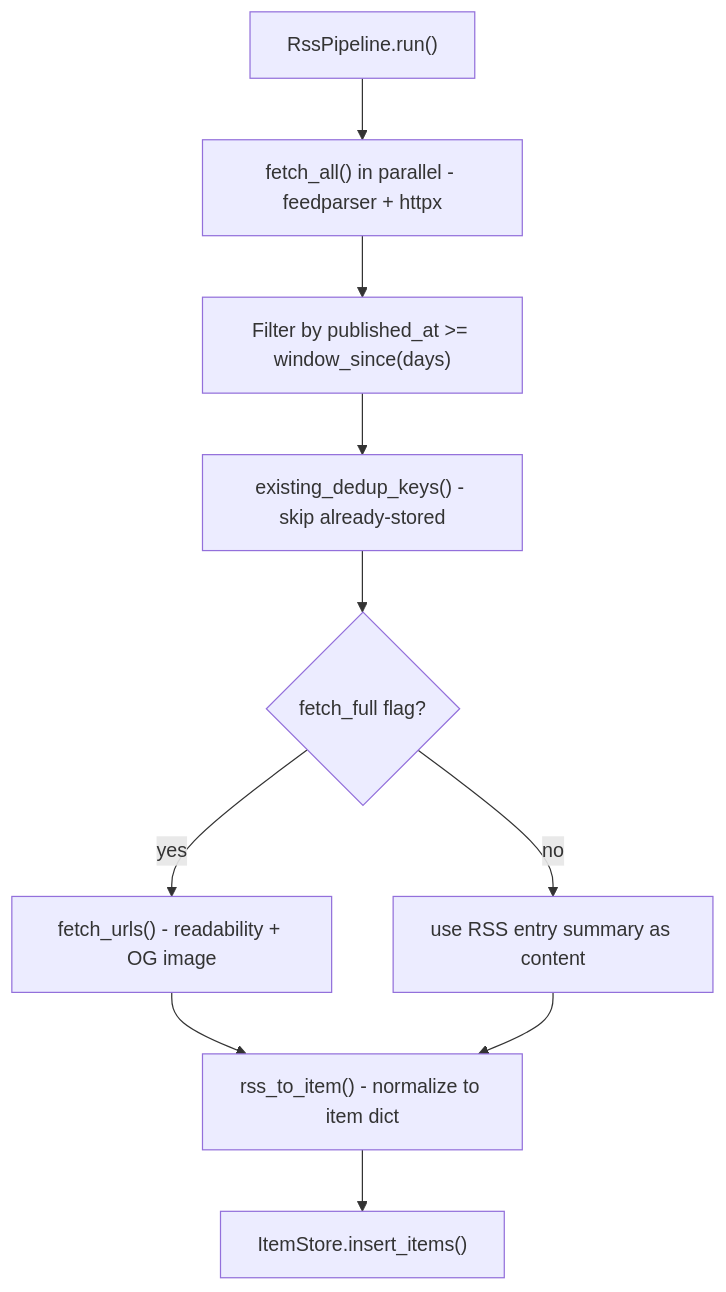
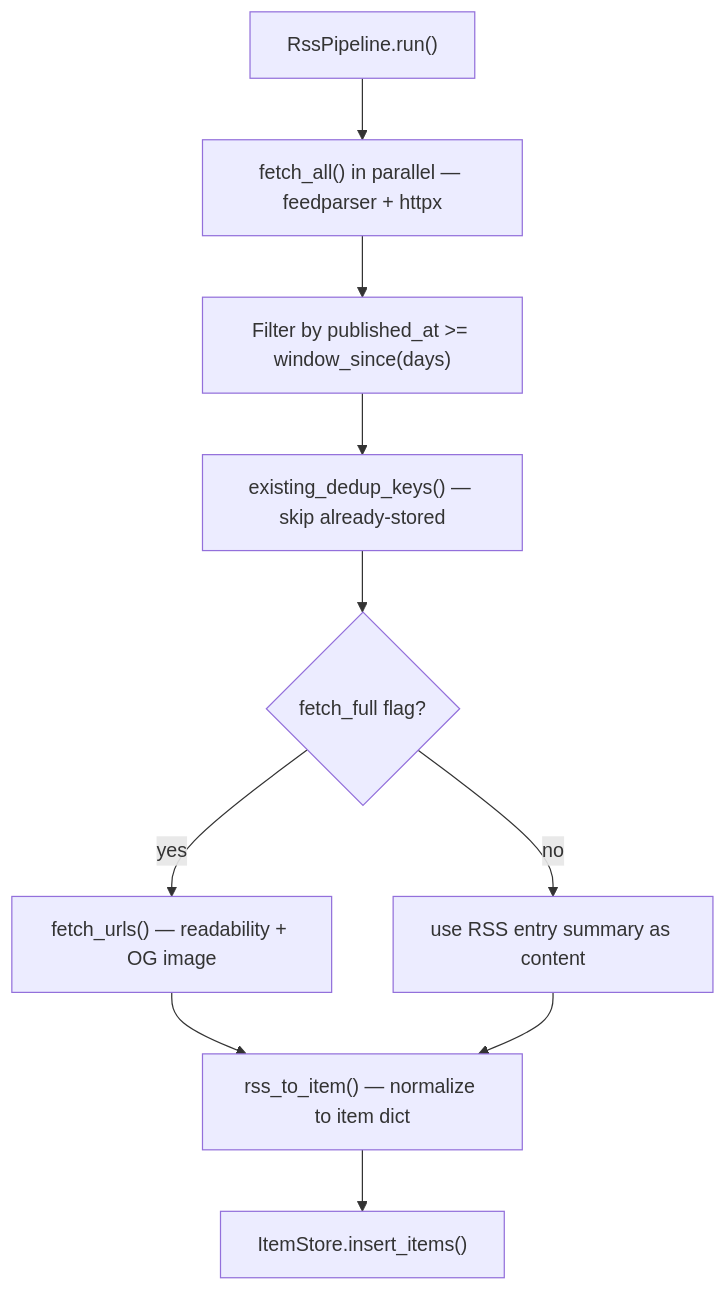
Before and after one commit to aadarshvelu/syndicate: the second of 3 diagrams in pipeline/ingestion/doc.md, drawn with Mermaid. The commit also changed other lines of this file and 14 other files, not shown here.

````diff
--- a/pipeline/ingestion/doc.md
+++ b/pipeline/ingestion/doc.md
@@ -25,12 +25,12 @@
 ```mermaid
 flowchart TD
-    A["RssPipeline.run()"] --> B["fetch_all() in parallel - feedparser + httpx"]
+    A["RssPipeline.run()"] --> B["fetch_all() in parallel — feedparser + httpx"]
     B --> C["Filter by published_at >= window_since(days)"]
-    C --> D["existing_dedup_keys() - skip already-stored"]
+    C --> D["existing_dedup_keys() — skip already-stored"]
     D --> E{fetch_full flag?}
-    E -->|yes| F["fetch_urls() - readability + OG image"]
+    E -->|yes| F["fetch_urls() — readability + OG image"]
     E -->|no| G["use RSS entry summary as content"]
-    F --> H["rss_to_item() - normalize to item dict"]
+    F --> H["rss_to_item() — normalize to item dict"]
     G --> H
     H --> I["ItemStore.insert_items()"]
 ```
````
